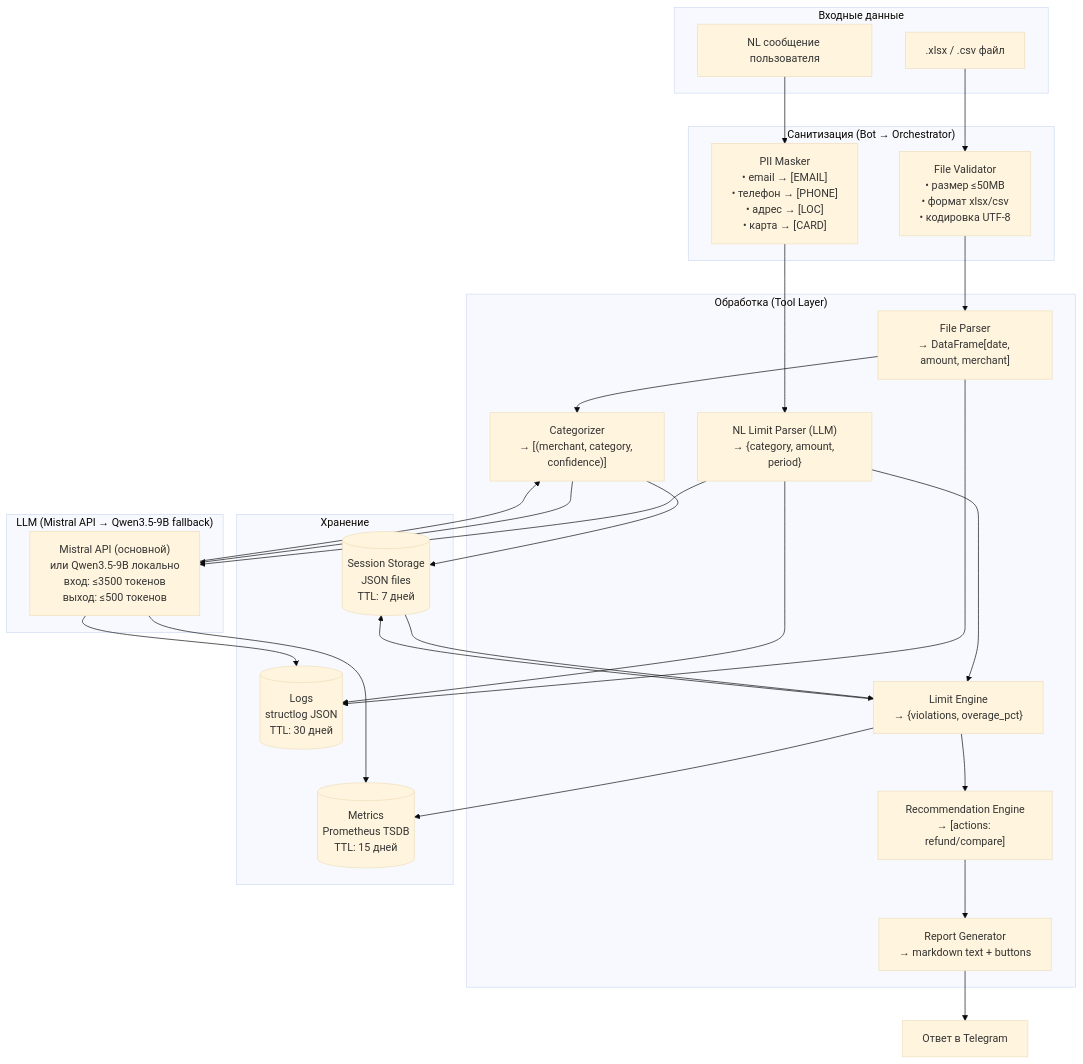
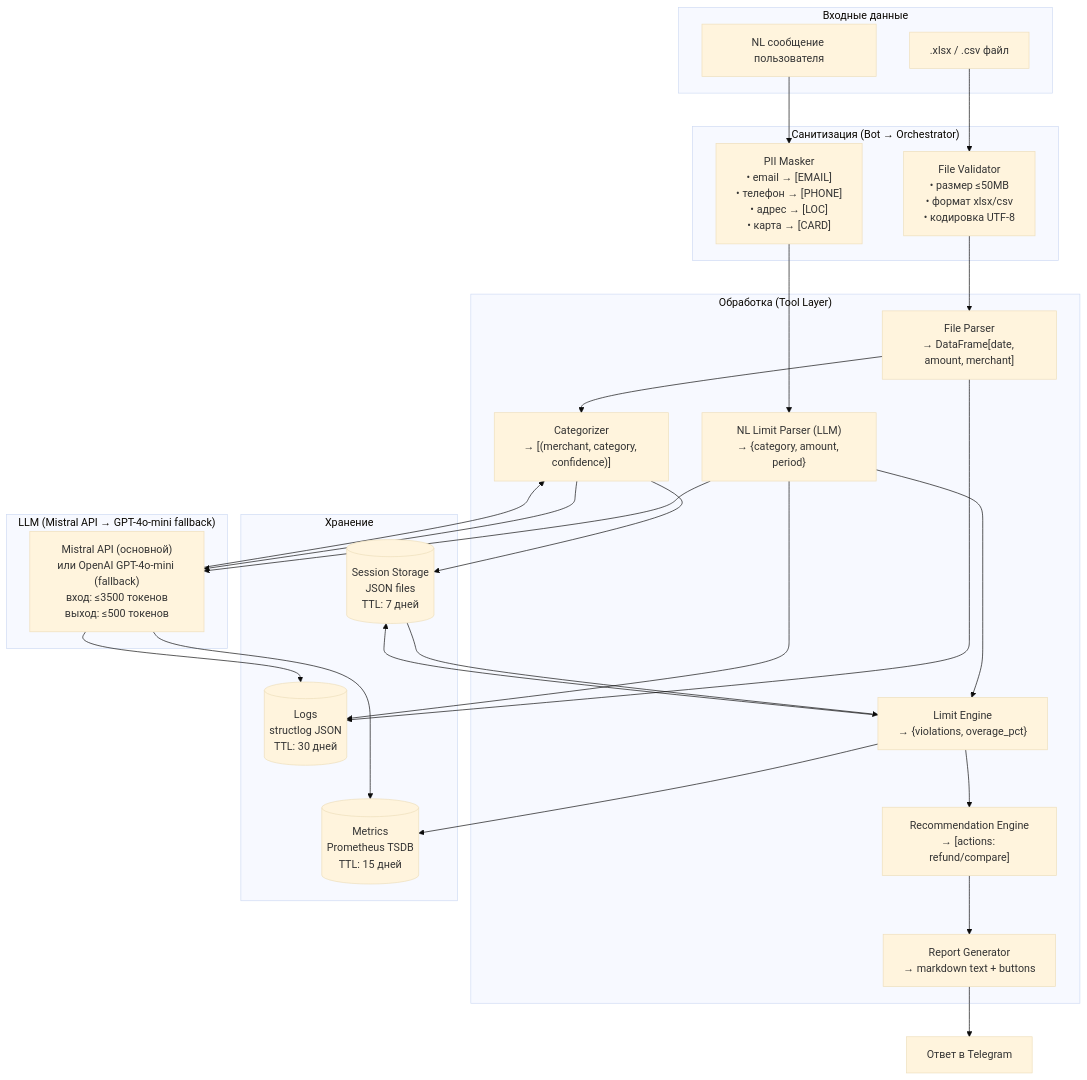
Before and after one commit to lveltman/personal-finance-assistant: the diagram in docs/diagrams/data-flow.md, drawn with Mermaid (base theme). The commit also changed 28 other files, not shown here.

````diff
--- a/docs/diagrams/data-flow.md
+++ b/docs/diagrams/data-flow.md
@@ -7,50 +7,50 @@
 ```mermaid
 flowchart TD
     subgraph INPUT["Входные данные"]
         F[".xlsx / .csv файл"]
         M["NL сообщение пользователя"]
     end
 
     subgraph SANITIZE["Санитизация (Bot → Orchestrator)"]
         FS["File Validator\n• размер ≤50MB\n• формат xlsx/csv\n• кодировка UTF-8"]
         PI["PII Masker\n• email → [EMAIL]\n• телефон → [PHONE]\n• адрес → [LOC]\n• карта → [CARD]"]
     end
 
     subgraph PROCESS["Обработка (Tool Layer)"]
         FP["File Parser\n→ DataFrame[date, amount, merchant]"]
         CAT["Categorizer\n→ [(merchant, category, confidence)]"]
         NLP["NL Limit Parser (LLM)\n→ {category, amount, period}"]
         LE["Limit Engine\n→ {violations, overage_pct}"]
         REC["Recommendation Engine\n→ [actions: refund/compare]"]
         REP["Report Generator\n→ markdown text + buttons"]
     end
 
     subgraph STORAGE["Хранение"]
         SS[("Session Storage\nJSON files\nTTL: 7 дней")]
         LOG[("Logs\nstructlog JSON\nTTL: 30 дней")]
         MET[("Metrics\nPrometheus TSDB\nTTL: 15 дней")]
     end
 
-    subgraph LLM_BOX["LLM (Mistral API → Qwen3.5-9B fallback)"]
-        LLM["Mistral API (основной)\nили Qwen3.5-9B локально\nвход: ≤3500 токенов\nвыход: ≤500 токенов"]
+    subgraph LLM_BOX["LLM (Mistral API → GPT-4o-mini fallback)"]
+        LLM["Mistral API (основной)\nили OpenAI GPT-4o-mini (fallback)\nвход: ≤3500 токенов\nвыход: ≤500 токенов"]
     end
 
     F --> FS --> FP --> CAT
     M --> PI --> NLP
     NLP --> LLM
     CAT --> LLM
     LLM --> CAT
     CAT --> SS
     NLP --> LE
     LE --> SS
     SS --> LE
     LE --> REC
     REC --> REP
     REP --> OUTPUT["Ответ в Telegram"]
 
     FP --> LOG
     NLP --> LOG
     LLM --> LOG
     LLM --> MET
     LE --> MET
 ```
````
